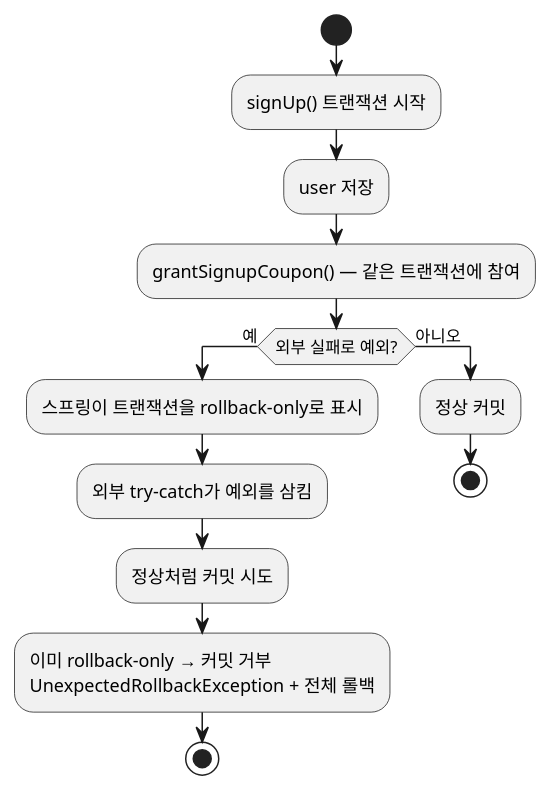
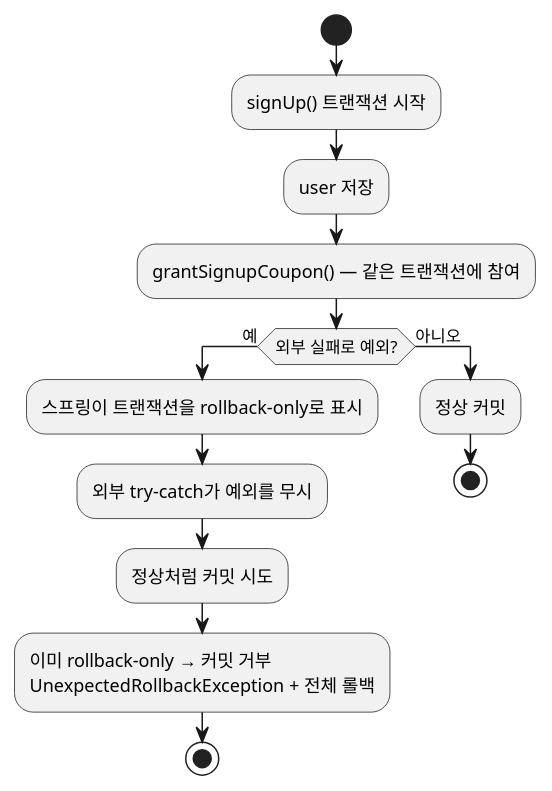
Before and after one commit to johnycho/johny-dev: the diagram in blog/2026-08-19-spring-transaction-rollback-only.mdx, drawn with PlantUML. The commit also changed other lines of this file and 10 other files, not shown here.

````diff
--- a/blog/2026-08-19-spring-transaction-rollback-only.mdx
+++ b/blog/2026-08-19-spring-transaction-rollback-only.mdx
@@ -48,18 +48,18 @@
 ```plantuml
 @startuml
 start
 :signUp() 트랜잭션 시작;
 :user 저장;
 :grantSignupCoupon() — 같은 트랜잭션에 참여;
 if (외부 실패로 예외?) then (예)
   :스프링이 트랜잭션을 rollback-only로 표시;
-  :외부 try-catch가 예외를 삼킴;
+  :외부 try-catch가 예외를 무시;
   :정상처럼 커밋 시도;
   :이미 rollback-only → 커밋 거부\nUnexpectedRollbackException + 전체 롤백;
   stop
 else (아니오)
   :정상 커밋;
   stop
 endif
 @enduml
 ```
````
